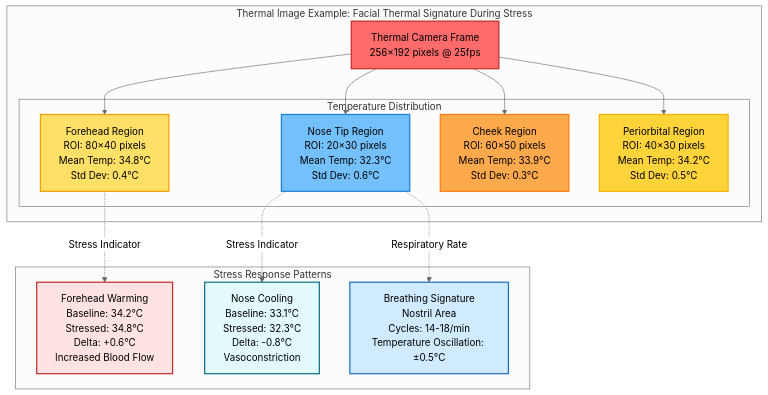
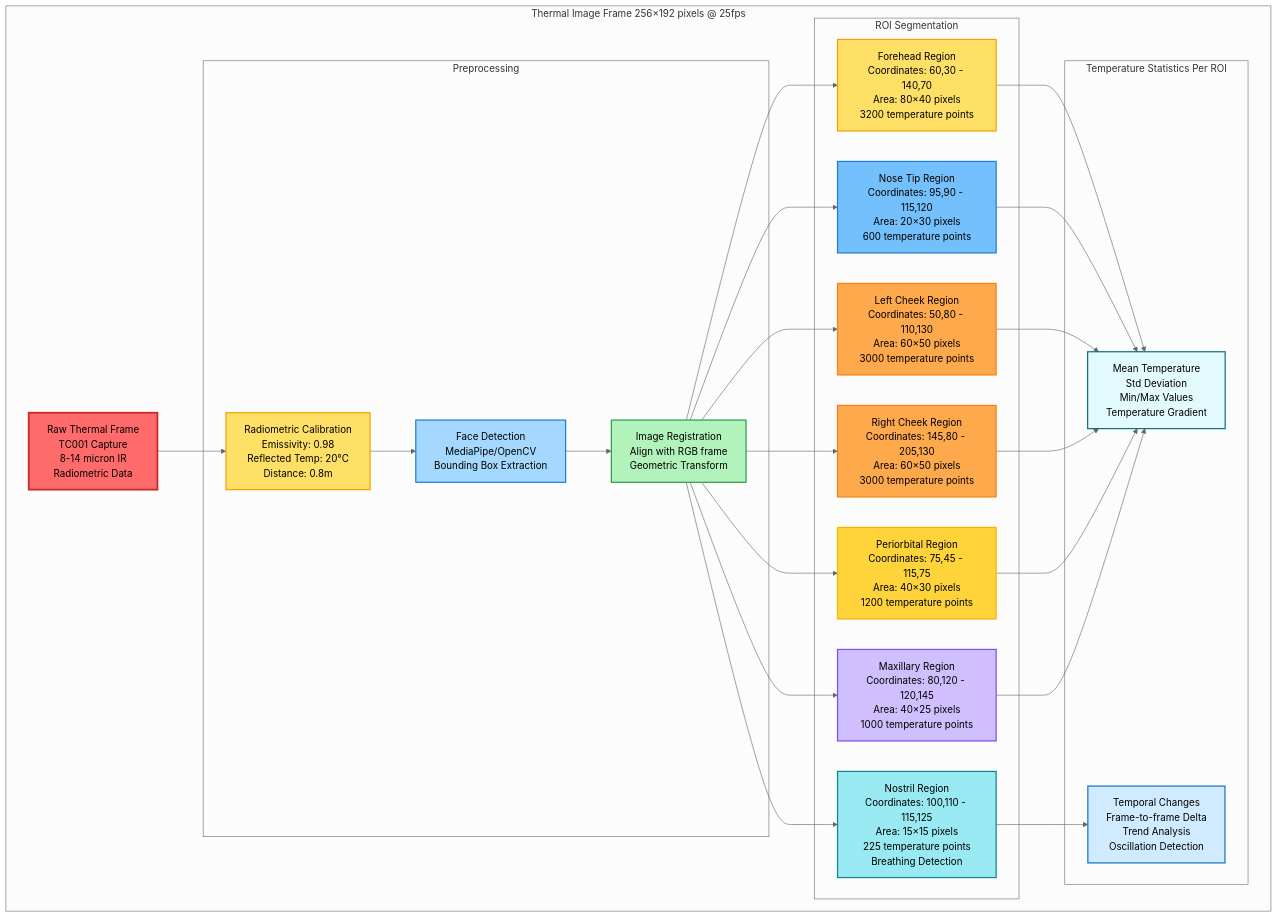
The third of 6 diagrams in docs/thesis-diagrams/chapter2-gsr-thermal-examples.md (uclgsr/IRCamera), drawn with Mermaid (neutral theme) before and after one commit. The commit also changed other lines of this file and 2 other files, not shown here.

Commit message:
Enhance diagrams with detailed elements and additional Mermaid types

````diff
--- a/docs/thesis-diagrams/chapter2-gsr-thermal-examples.md
+++ b/docs/thesis-diagrams/chapter2-gsr-thermal-examples.md
@@ -49,37 +104,61 @@
 ```mermaid
 graph TB
-    subgraph "Thermal Image Example: Facial Thermal Signature During Stress"
-        ThermalImg[Thermal Camera Frame<br/>256×192 pixels @ 25fps]
+    subgraph "Thermal Image Frame 256×192 pixels @ 25fps"
+        ThermalImg[Raw Thermal Frame<br/>TC001 Capture<br/>8-14 micron IR<br/>Radiometric Data]
         
-        subgraph "Temperature Distribution"
-            ROI1[Forehead Region<br/>ROI: 80×40 pixels<br/>Mean Temp: 34.8°C<br/>Std Dev: 0.4°C]
-            ROI2[Nose Tip Region<br/>ROI: 20×30 pixels<br/>Mean Temp: 32.3°C<br/>Std Dev: 0.6°C]
-            ROI3[Cheek Region<br/>ROI: 60×50 pixels<br/>Mean Temp: 33.9°C<br/>Std Dev: 0.3°C]
-            ROI4[Periorbital Region<br/>ROI: 40×30 pixels<br/>Mean Temp: 34.2°C<br/>Std Dev: 0.5°C]
+        subgraph "Preprocessing"
+            Calib[Radiometric Calibration<br/>Emissivity: 0.98<br/>Reflected Temp: 20°C<br/>Distance: 0.8m]
+            FaceDetect[Face Detection<br/>MediaPipe/OpenCV<br/>Bounding Box Extraction]
+            Registration[Image Registration<br/>Align with RGB frame<br/>Geometric Transform]
         end
         
-        ThermalImg --> ROI1
-        ThermalImg --> ROI2
-        ThermalImg --> ROI3
-        ThermalImg --> ROI4
+        subgraph "ROI Segmentation"
+            ROI1[Forehead Region<br/>Coordinates: 60,30 - 140,70<br/>Area: 80×40 pixels<br/>3200 temperature points]
+            ROI2[Nose Tip Region<br/>Coordinates: 95,90 - 115,120<br/>Area: 20×30 pixels<br/>600 temperature points]
+            ROI3[Left Cheek Region<br/>Coordinates: 50,80 - 110,130<br/>Area: 60×50 pixels<br/>3000 temperature points]
+            ROI4[Right Cheek Region<br/>Coordinates: 145,80 - 205,130<br/>Area: 60×50 pixels<br/>3000 temperature points]
+            ROI5[Periorbital Region<br/>Coordinates: 75,45 - 115,75<br/>Area: 40×30 pixels<br/>1200 temperature points]
+            ROI6[Maxillary Region<br/>Coordinates: 80,120 - 120,145<br/>Area: 40×25 pixels<br/>1000 temperature points]
+            ROI7[Nostril Region<br/>Coordinates: 100,110 - 115,125<br/>Area: 15×15 pixels<br/>225 temperature points<br/>Breathing Detection]
+        end
+        
+        subgraph "Temperature Statistics Per ROI"
+            Stats1[Mean Temperature<br/>Std Deviation<br/>Min/Max Values<br/>Temperature Gradient]
+            Stats2[Temporal Changes<br/>Frame-to-frame Delta<br/>Trend Analysis<br/>Oscillation Detection]
+        end
     end
     
-    subgraph "Stress Response Patterns"
-        Pattern1[Nose Cooling<br/>Baseline: 33.1°C<br/>Stressed: 32.3°C<br/>Delta: -0.8°C<br/>Vasoconstriction]
-        Pattern2[Forehead Warming<br/>Baseline: 34.2°C<br/>Stressed: 34.8°C<br/>Delta: +0.6°C<br/>Increased Blood Flow]
-        Pattern3[Breathing Signature<br/>Nostril Area<br/>Cycles: 14-18/min<br/>Temperature Oscillation: ±0.5°C]
-    end
+    ThermalImg --> Calib
+    Calib --> FaceDetect
+    FaceDetect --> Registration
     
-    ROI2 -.->|Stress Indicator| Pattern1
-    ROI1 -.->|Stress Indicator| Pattern2
-    ROI2 -.->|Respiratory Rate| Pattern3
+    Registration --> ROI1
+    Registration --> ROI2
+    Registration --> ROI3
+    Registration --> ROI4
+    Registration --> ROI5
+    Registration --> ROI6
+    Registration --> ROI7
     
-    style ThermalImg fill:#ff6b6b,stroke:#c92a2a,stroke-width:2px
+    ROI1 --> Stats1
+    ROI2 --> Stats1
+    ROI3 --> Stats1
+    ROI4 --> Stats1
+    ROI5 --> Stats1
+    ROI6 --> Stats1
+    ROI7 --> Stats2
+    
+    style ThermalImg fill:#ff6b6b,stroke:#c92a2a,stroke-width:3px
+    style Calib fill:#ffe066,stroke:#f59f00,stroke-width:2px
+    style FaceDetect fill:#a5d8ff,stroke:#1c7ed6,stroke-width:2px
+    style Registration fill:#b2f2bb,stroke:#2f9e44,stroke-width:2px
     style ROI1 fill:#ffe066,stroke:#f59f00,stroke-width:2px
     style ROI2 fill:#74c0fc,stroke:#1c7ed6,stroke-width:2px
     style ROI3 fill:#ffa94d,stroke:#fd7e14,stroke-width:2px
-    style ROI4 fill:#ffd43b,stroke:#fab005,stroke-width:2px
-    style Pattern1 fill:#e3fafc,stroke:#0b7285,stroke-width:2px
-    style Pattern2 fill:#ffe3e3,stroke:#c92a2a,stroke-width:2px
-    style Pattern3 fill:#d0ebff,stroke:#1971c2,stroke-width:2px
+    style ROI4 fill:#ffa94d,stroke:#fd7e14,stroke-width:2px
+    style ROI5 fill:#ffd43b,stroke:#fab005,stroke-width:2px
+    style ROI6 fill:#d0bfff,stroke:#7950f2,stroke-width:2px
+    style ROI7 fill:#99e9f2,stroke:#0c8599,stroke-width:2px
+    style Stats1 fill:#e3fafc,stroke:#0b7285,stroke-width:2px
+    style Stats2 fill:#d0ebff,stroke:#1971c2,stroke-width:2px
 ```
````
